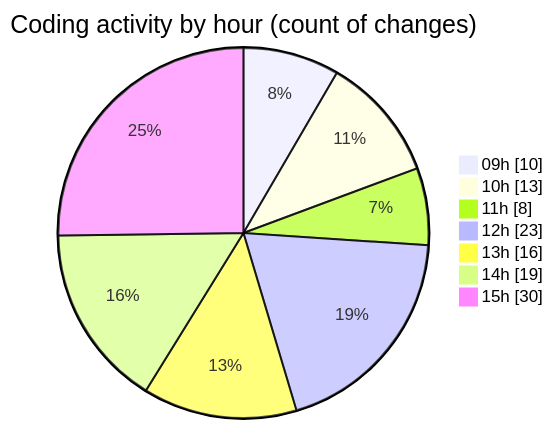
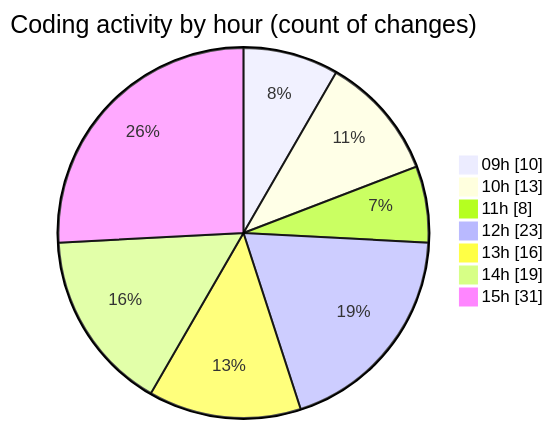
The second of 2 diagrams in 2025-03-07/cda/README.md (momahboobian/code-tracking), drawn with Mermaid before and after one commit. The commit also changed other lines of this file and 1 other file, not shown here.

````diff
--- a/2025-03-07/cda/README.md
+++ b/2025-03-07/cda/README.md
@@ -48,11 +49,11 @@
 ```mermaid
 pie showData
 title Coding activity by hour (count of changes)
 "09h" : 10
 "10h" : 13
 "11h" : 8
 "12h" : 23
 "13h" : 16
 "14h" : 19
-"15h" : 30
+"15h" : 31
 ```
````
